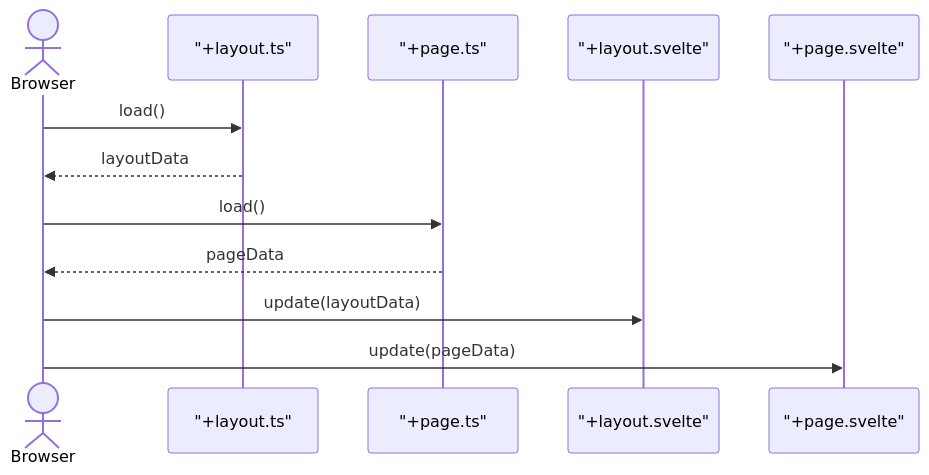
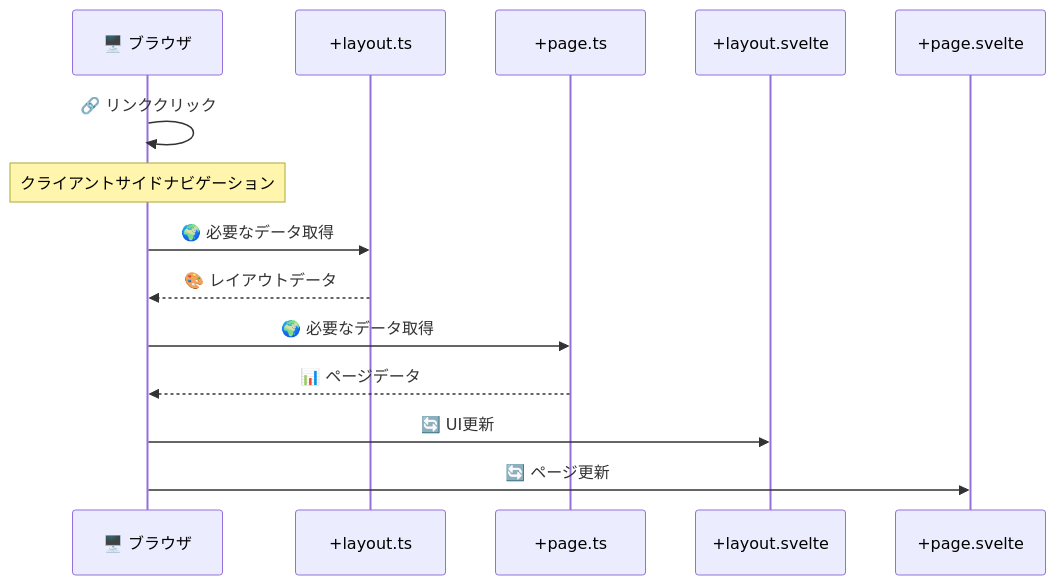
The third of 3 diagrams in sveltekit/files-based-on-routing-conventions.md (shuji-bonji/Notes-on-Svelte), drawn with Mermaid before and after one commit. The commit also changed other lines of this file and 3 other files, not shown here.

````diff
--- a/sveltekit/files-based-on-routing-conventions.md
+++ b/sveltekit/files-based-on-routing-conventions.md
@@ -93,15 +133,20 @@
 ```mermaid
 sequenceDiagram
-  actor Browser
-  participant LayoutClient as "+layout.ts"
-  participant PageClient as "+page.ts"
-  participant LayoutUI as "+layout.svelte"
-  participant PageUI as "+page.svelte"
+  participant Browser as 🖥️ ブラウザ
+  participant LayoutTS as +layout.ts
+  participant PageTS as +page.ts
+  participant LayoutUI as +layout.svelte
+  participant PageUI as +page.svelte
 
-  Browser->>LayoutClient: load()
-  LayoutClient-->>Browser: layoutData
-  Browser->>PageClient: load()
-  PageClient-->>Browser: pageData
-  Browser->>LayoutUI: update(layoutData)
-  Browser->>PageUI: update(pageData)
+  Browser->>Browser: 🔗 リンククリック
+  
+  Note over Browser: クライアントサイドナビゲーション
+  Browser->>LayoutTS: 🌍 必要なデータ取得
+  LayoutTS-->>Browser: 🎨 レイアウトデータ
+  
+  Browser->>PageTS: 🌍 必要なデータ取得
+  PageTS-->>Browser: 📊 ページデータ
+  
+  Browser->>LayoutUI: 🔄 UI更新
+  Browser->>PageUI: 🔄 ページ更新
 ```
````
